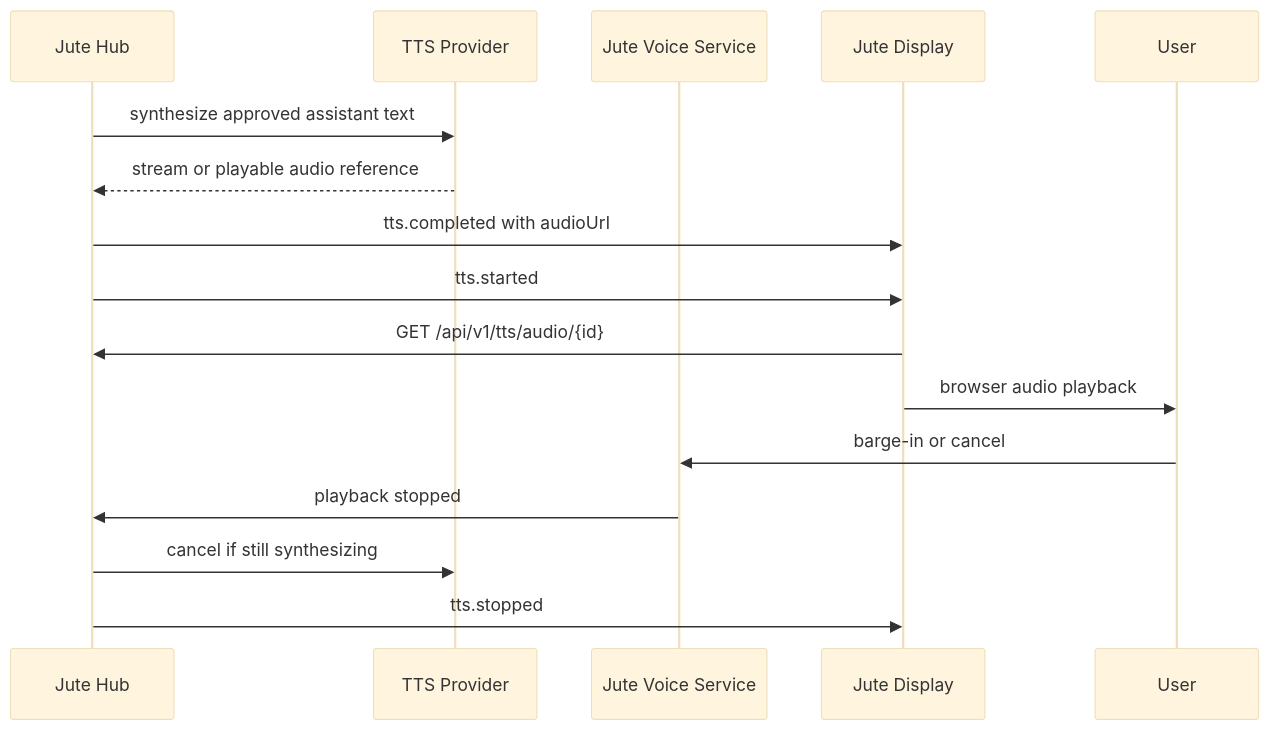
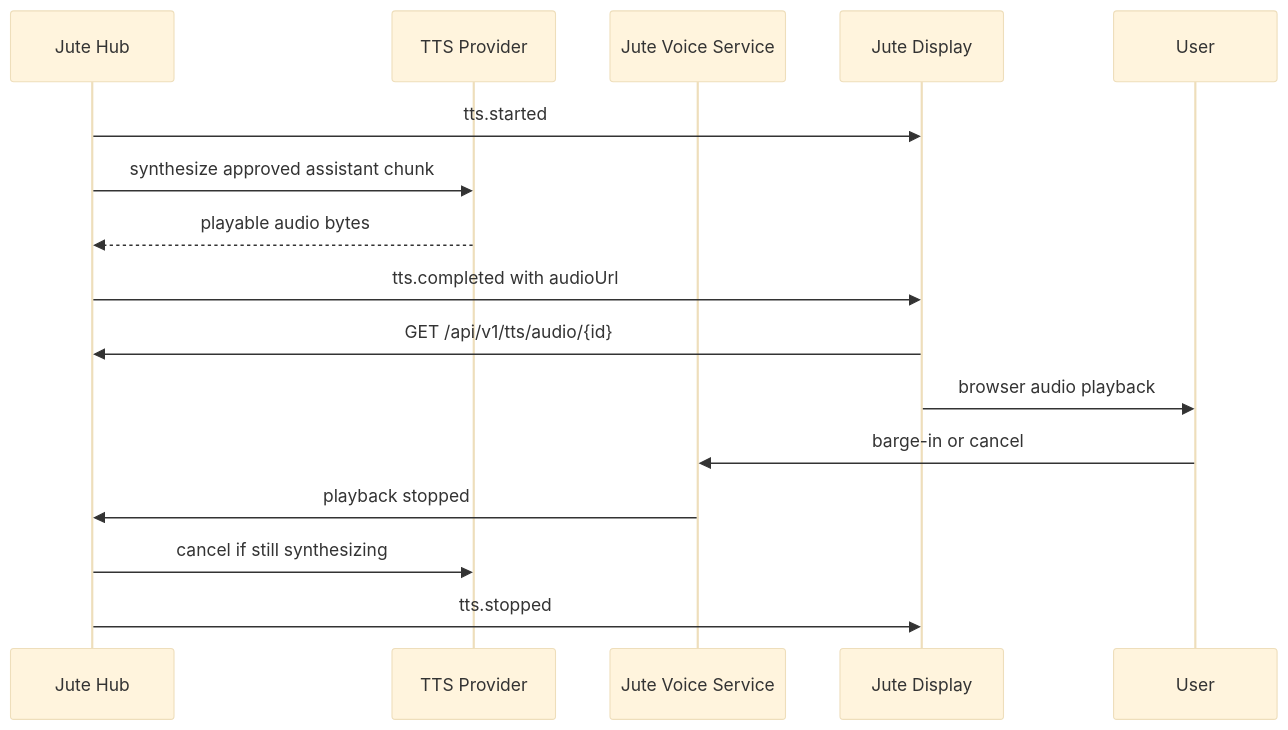
One commit to juteai/jute-dash changed the second of 2 diagrams in docs/architecture/text-to-speech.md. Above: the diagram before and after it, drawn with Mermaid (base theme). The commit also changed other lines of this file and 4 other files, not shown here.

Commit message:
fix(voice): stream tts chunks in order

````diff
--- a/docs/architecture/text-to-speech.md
+++ b/docs/architecture/text-to-speech.md
@@ -57,19 +57,19 @@
 ```mermaid
 sequenceDiagram
   participant Hub as Jute Hub
   participant Provider as TTS Provider
   participant Voice as Jute Voice Service
   participant UI as Jute Display
   participant User
 
-  Hub->>Provider: synthesize approved assistant text
-  Provider-->>Hub: stream or playable audio reference
+  Hub->>UI: tts.started
+  Hub->>Provider: synthesize approved assistant chunk
+  Provider-->>Hub: playable audio bytes
   Hub->>UI: tts.completed with audioUrl
-  Hub->>UI: tts.started
   UI->>Hub: GET /api/v1/tts/audio/{id}
   UI->>User: browser audio playback
   User->>Voice: barge-in or cancel
   Voice->>Hub: playback stopped
   Hub->>Provider: cancel if still synthesizing
   Hub->>UI: tts.stopped
 ```
````
